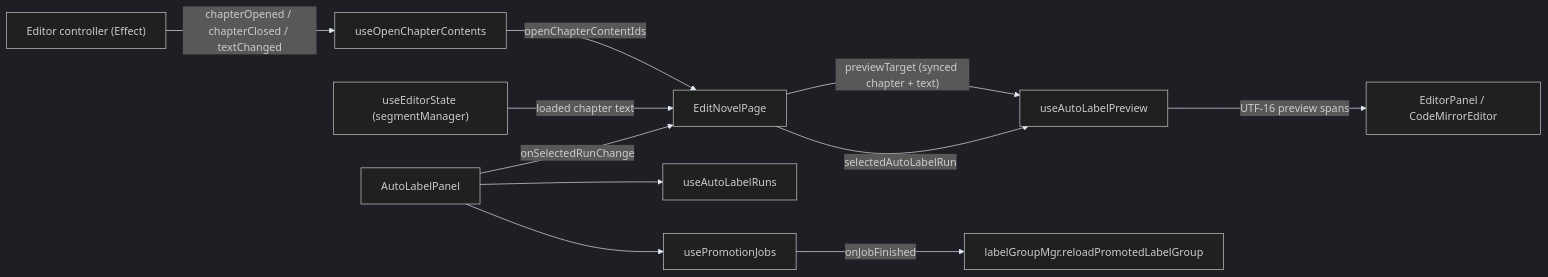
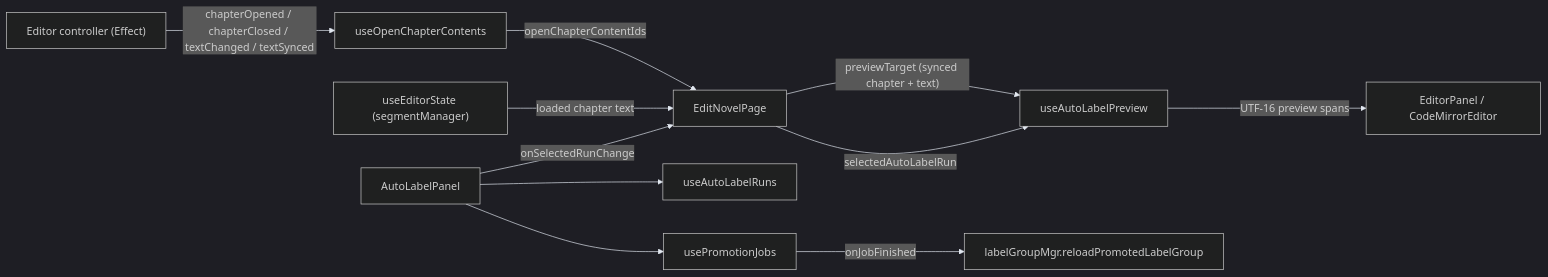
Before and after one commit to lzguan/noveltl: the first of 3 diagrams in .agents/docs/autolabels-ui.md, drawn with Mermaid. The commit also changed other lines of this file and 8 other files, not shown here.

Commit message:
Emit textSynced, back off unchanged run polls, memoize chapter map, and test preview target derivation

````diff
--- a/.agents/docs/autolabels-ui.md
+++ b/.agents/docs/autolabels-ui.md
@@ -26,14 +26,14 @@
 ```mermaid
 %%{init: {"theme": "dark", "themeVariables": {"lineColor": "#e2e8f0"}}}%%
 flowchart LR
-    Controller["Editor controller (Effect)"] -->|"chapterOpened / chapterClosed / textChanged"| Tracker["useOpenChapterContents"]
+    Controller["Editor controller (Effect)"] -->|"chapterOpened / chapterClosed / textChanged / textSynced"| Tracker["useOpenChapterContents"]
     Tracker -->|"openChapterContentIds"| Page["EditNovelPage"]
     EditorState["useEditorState (segmentManager)"] -->|"loaded chapter text"| Page
     Page -->|"previewTarget (synced chapter + text)"| Preview["useAutoLabelPreview"]
     Panel["AutoLabelPanel"] -->|"onSelectedRunChange"| Page
     Page -->|"selectedAutoLabelRun"| Preview
     Preview -->|"UTF-16 preview spans"| CodeMirror["EditorPanel / CodeMirrorEditor"]
     Panel --> Runs["useAutoLabelRuns"]
     Panel --> Promotions["usePromotionJobs"]
     Promotions -->|"onJobFinished"| LabelGroupMgr["labelGroupMgr.reloadPromotedLabelGroup"]
 ```
````
